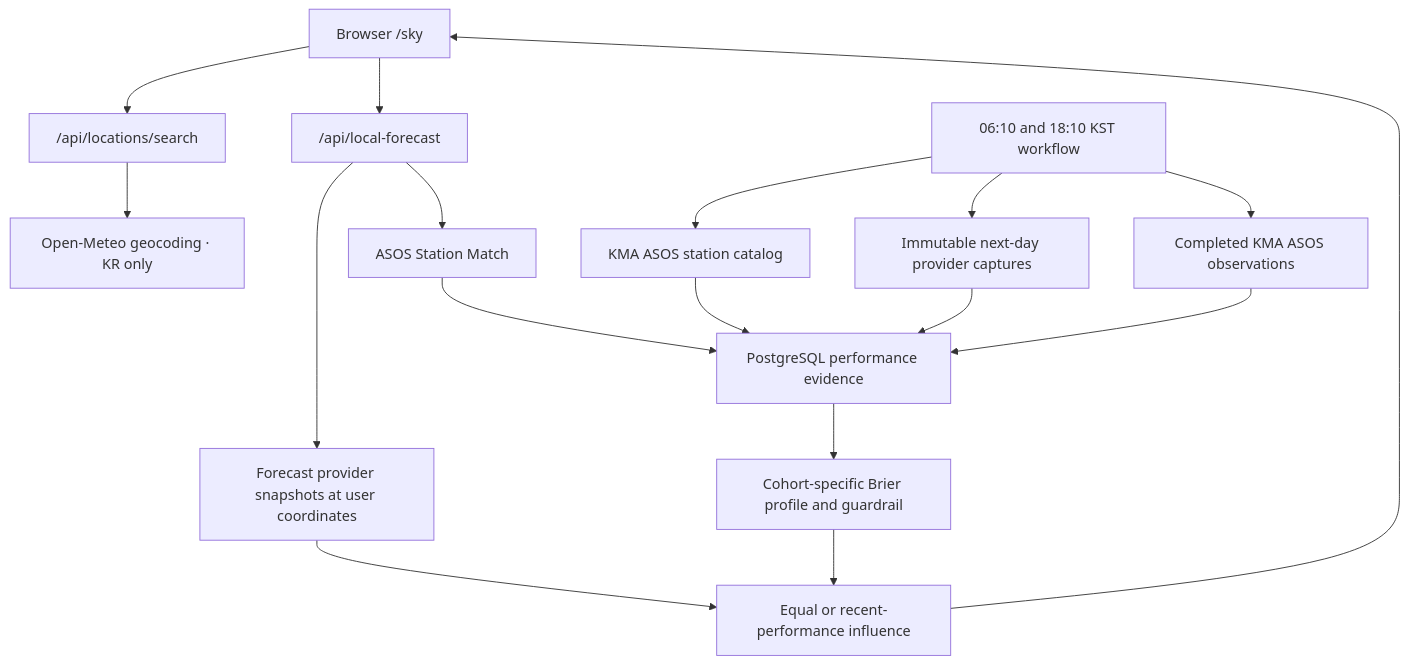
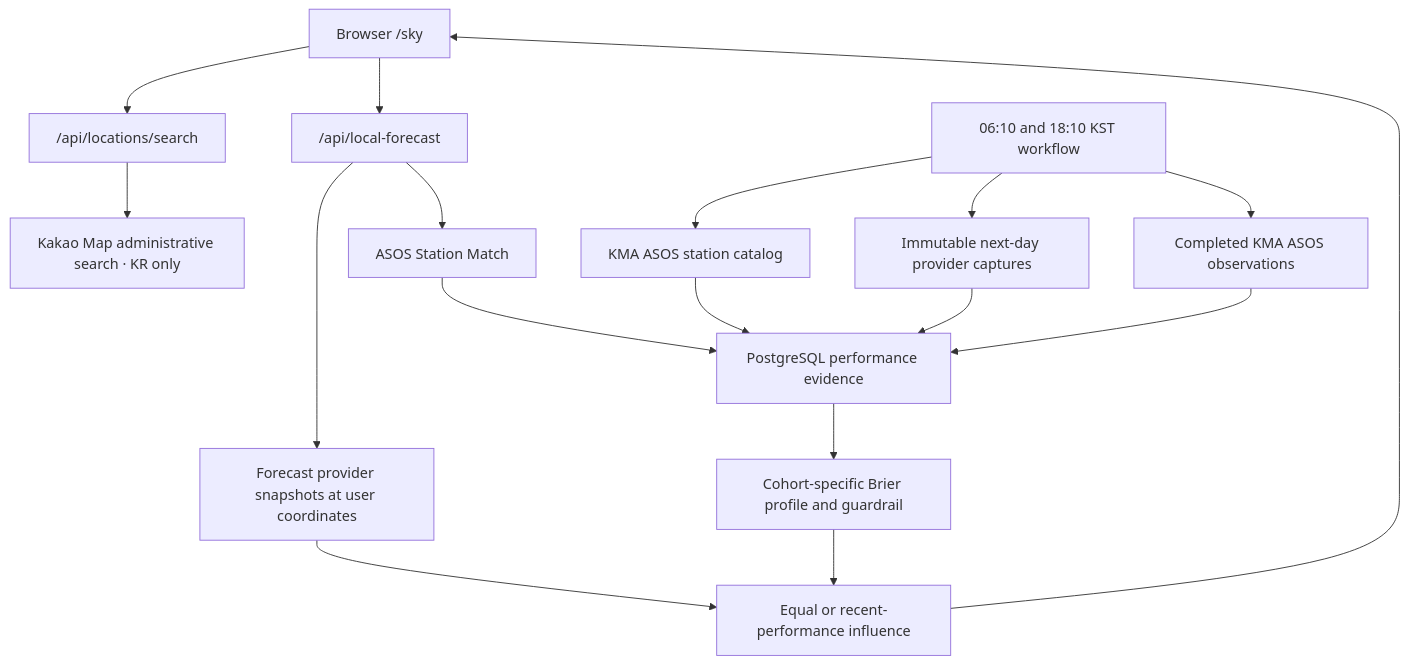
Before and after one commit to mhju0/rain-today: the diagram in README.md, drawn with Mermaid. The commit also changed 9 other files, not shown here.

````diff
--- a/README.md
+++ b/README.md
@@ -52,20 +52,20 @@
 ```mermaid
 flowchart TB
   Browser["Browser /sky"] --> Search["/api/locations/search"]
   Browser --> Local["/api/local-forecast"]
-  Search --> Geocoding["Open-Meteo geocoding · KR only"]
+  Search --> Geocoding["Kakao Map administrative search · KR only"]
   Local --> Providers["Forecast provider snapshots at user coordinates"]
   Local --> Match["ASOS Station Match"]
   Match --> Database["PostgreSQL performance evidence"]
   Providers --> Blend["Equal or recent-performance influence"]
   Database --> Profile["Cohort-specific Brier profile and guardrail"]
   Profile --> Blend
   Blend --> Browser
 
   Schedule["06:10 and 18:10 KST workflow"] --> Catalog["KMA ASOS station catalog"]
   Schedule --> Captures["Immutable next-day provider captures"]
   Schedule --> Observations["Completed KMA ASOS observations"]
   Catalog --> Database
   Captures --> Database
   Observations --> Database
 ```
````
